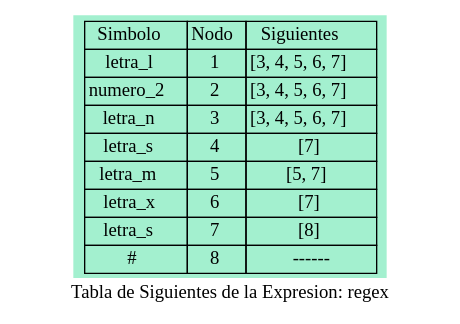
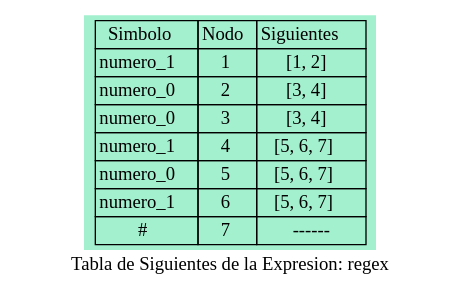
One commit to walterjav19/OLC1_202111718_Proyecto1 changed the diagram in src/main/java/Graphviz/Siguiente_regex.dot. Above: the diagram before and after it, drawn with Graphviz. The commit also changed 32 other files, not shown here.

```diff
--- a/src/main/java/Graphviz/Siguiente_regex.dot
+++ b/src/main/java/Graphviz/Siguiente_regex.dot
@@ -1,14 +1,13 @@
 digraph T_Siguientes{
   node [shape=plaintext]
   mytable [style=filled fillcolor="#A3F0CF" 
     label=<<table border="0" cellborder="1"  cellspacing="0">
-    <tr><td>Simbolo</td><td>Nodo</td><td>Siguientes</td></tr><tr><td>letra_l</td><td>1</td><td>[3, 4, 5, 6, 7]</td></tr>
-<tr><td>numero_2</td><td>2</td><td>[3, 4, 5, 6, 7]</td></tr>
-<tr><td>letra_n</td><td>3</td><td>[3, 4, 5, 6, 7]</td></tr>
-<tr><td>letra_s</td><td>4</td><td>[7]</td></tr>
-<tr><td>letra_m</td><td>5</td><td>[5, 7]</td></tr>
-<tr><td>letra_x</td><td>6</td><td>[7]</td></tr>
-<tr><td>letra_s</td><td>7</td><td>[8]</td></tr>
-<tr><td>#</td><td>8</td><td>------</td></tr>
+    <tr><td>Simbolo</td><td>Nodo</td><td>Siguientes</td></tr><tr><td>numero_1</td><td>1</td><td>[1, 2]</td></tr>
+<tr><td>numero_0</td><td>2</td><td>[3, 4]</td></tr>
+<tr><td>numero_0</td><td>3</td><td>[3, 4]</td></tr>
+<tr><td>numero_1</td><td>4</td><td>[5, 6, 7]</td></tr>
+<tr><td>numero_0</td><td>5</td><td>[5, 6, 7]</td></tr>
+<tr><td>numero_1</td><td>6</td><td>[5, 6, 7]</td></tr>
+<tr><td>#</td><td>7</td><td>------</td></tr>
   </table>>];
 label="Tabla de Siguientes de la Expresion: regex";}
```
